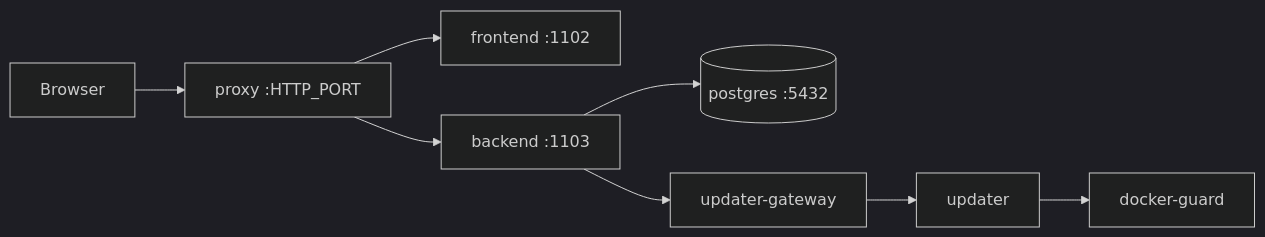
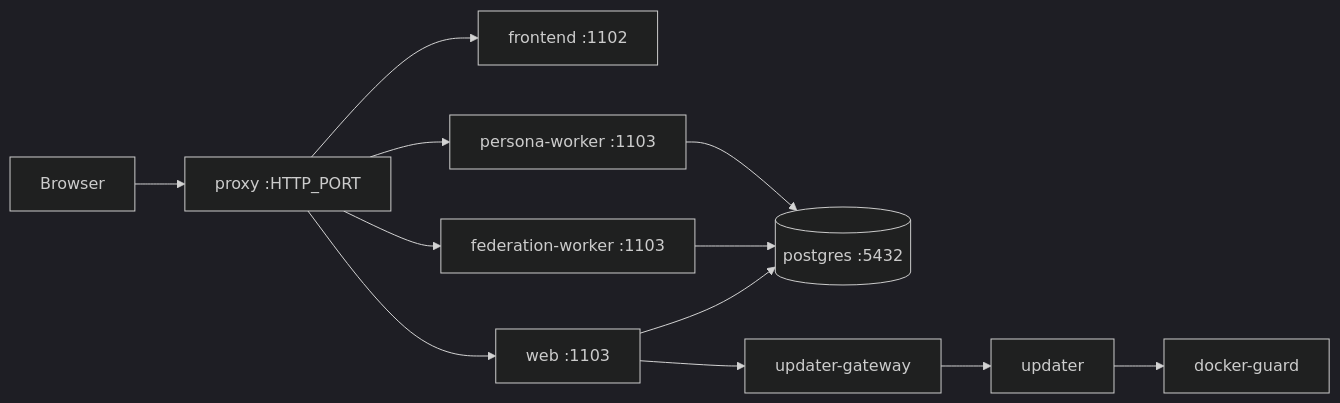
The second of 2 diagrams in README.ja.md (EchoOtaku/Myriad), drawn with Mermaid (dark theme) before and after one commit. The commit also changed other lines of this file and 13 other files, not shown here.

````diff
--- a/README.ja.md
+++ b/README.ja.md
@@ -401,10 +403,14 @@
 ```mermaid
 flowchart LR
   Browser --> Proxy["proxy :HTTP_PORT"]
   Proxy --> FE["frontend :1102"]
-  Proxy --> BE["backend :1103"]
+  Proxy --> BE["web :1103"]
+  Proxy --> FW["federation-worker :1103"]
+  Proxy --> PW["persona-worker :1103"]
   BE --> PG[("postgres :5432")]
+  FW --> PG
+  PW --> PG
   BE --> GW[updater-gateway]
   GW --> UP[updater]
   UP --> Guard[docker-guard]
 ```
````
